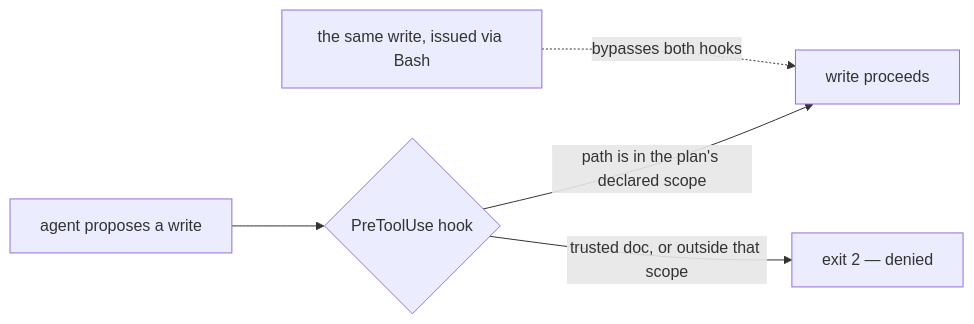
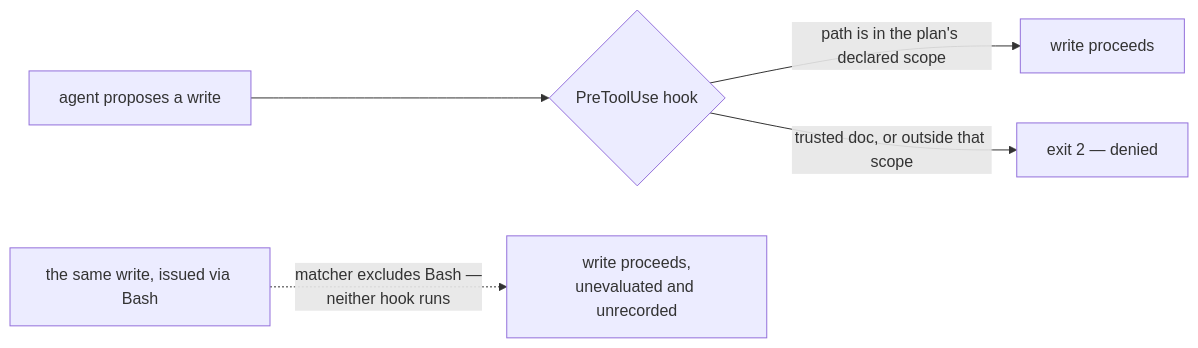
Before and after one commit to pharn-dev/pharn-oss: the first of 2 diagrams in README.md, drawn with Mermaid. The commit also changed other lines of this file and 2 other files, not shown here.

````diff
--- a/README.md
+++ b/README.md
@@ -260,7 +260,7 @@
 ```mermaid
 flowchart LR
     A["agent proposes a write"] --> H{"PreToolUse hook"}
     H -- "path is in the plan's declared scope" --> OK["write proceeds"]
     H -- "trusted doc, or outside that scope" --> D["exit 2 — denied"]
-    BASH["the same write, issued via Bash"] -. "bypasses both hooks" .-> OK
+    BASH["the same write, issued via Bash"] -. "matcher excludes Bash —<br/>neither hook runs" .-> UN["write proceeds,<br/>unevaluated and unrecorded"]
 ```
````
